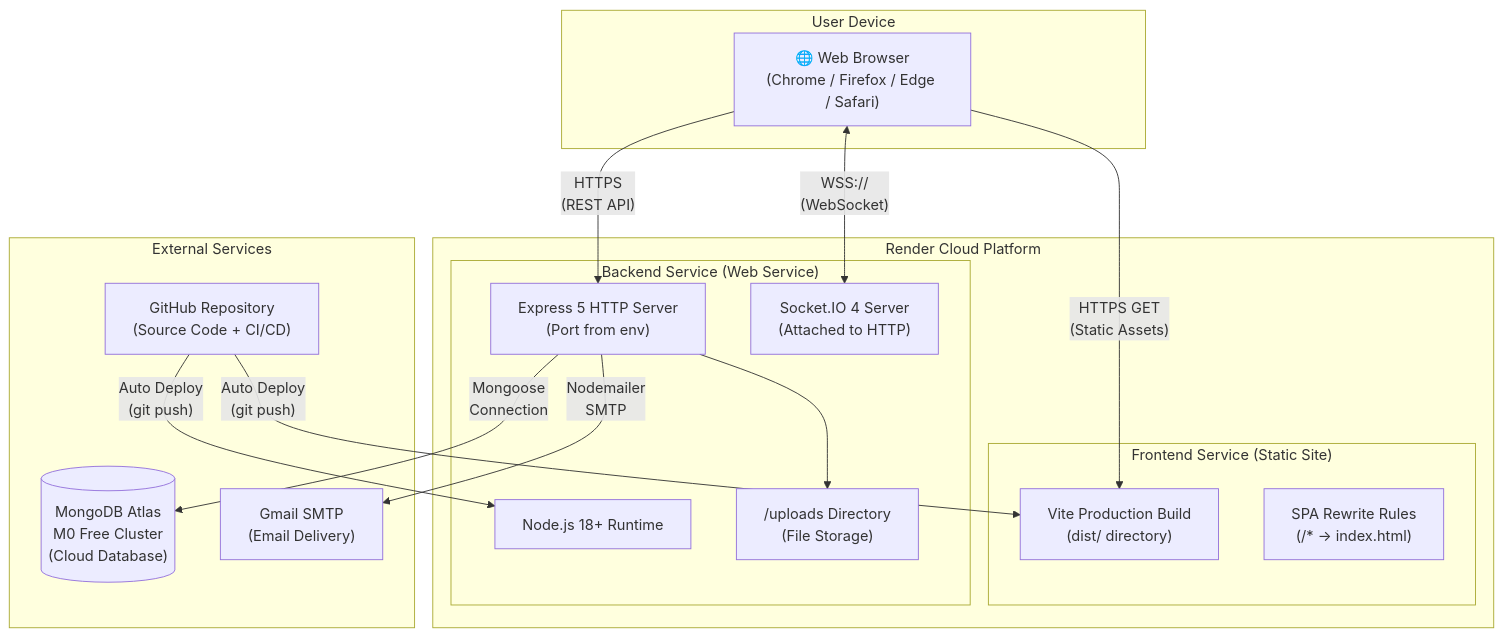
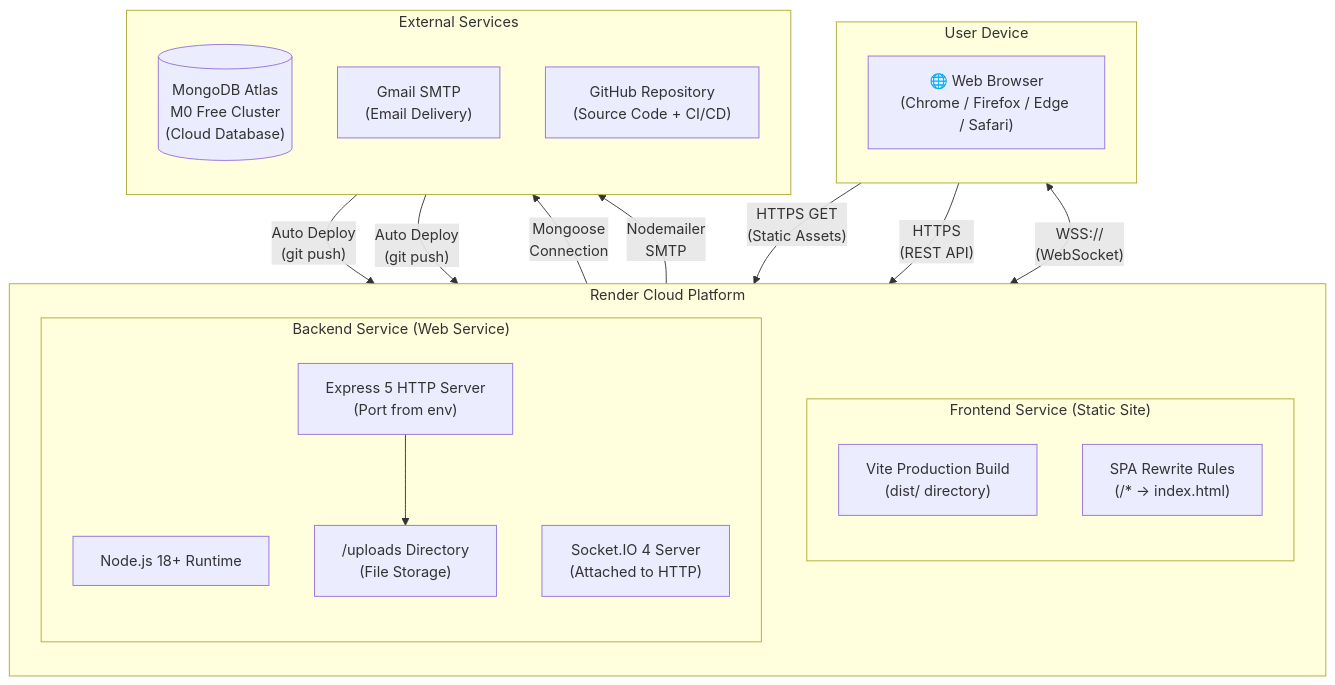
One commit to Aften-Himmel/privacy_chat changed the fourth of 9 diagrams in report_sections/section_4_system_design.md. Above: the diagram before and after it, drawn with Mermaid. The commit also changed other lines of this file and 23 other files, not shown here.

````diff
--- a/report_sections/section_4_system_design.md
+++ b/report_sections/section_4_system_design.md
@@ -174,35 +188,40 @@
 ```mermaid
 flowchart TB
     subgraph "User Device"
+        direction TB
         BROWSER["🌐 Web Browser\n(Chrome / Firefox / Edge / Safari)"]
     end
 
     subgraph "Render Cloud Platform"
+        direction TB
         subgraph "Frontend Service (Static Site)"
+            direction TB
             FE_BUILD["Vite Production Build\n(dist/ directory)"]
             FE_ROUTES["SPA Rewrite Rules\n(/* → index.html)"]
         end
 
         subgraph "Backend Service (Web Service)"
+            direction TB
             NODE["Node.js 18+ Runtime"]
             EXPRESS_SRV["Express 5 HTTP Server\n(Port from env)"]
             SOCKET_SRV["Socket.IO 4 Server\n(Attached to HTTP)"]
             UPLOADS["/uploads Directory\n(File Storage)"]
         end
     end
 
     subgraph "External Services"
+        direction TB
         ATLAS[("MongoDB Atlas\nM0 Free Cluster\n(Cloud Database)")]
         GMAIL["Gmail SMTP\n(Email Delivery)"]
         GITHUB["GitHub Repository\n(Source Code + CI/CD)"]
     end
 
     BROWSER -->|"HTTPS GET\n(Static Assets)"| FE_BUILD
     BROWSER -->|"HTTPS\n(REST API)"| EXPRESS_SRV
     BROWSER <-->|"WSS://\n(WebSocket)"| SOCKET_SRV
     EXPRESS_SRV --> UPLOADS
     EXPRESS_SRV -->|"Mongoose\nConnection"| ATLAS
     EXPRESS_SRV -->|"Nodemailer\nSMTP"| GMAIL
     GITHUB -->|"Auto Deploy\n(git push)"| FE_BUILD
     GITHUB -->|"Auto Deploy\n(git push)"| NODE
 ```
````
